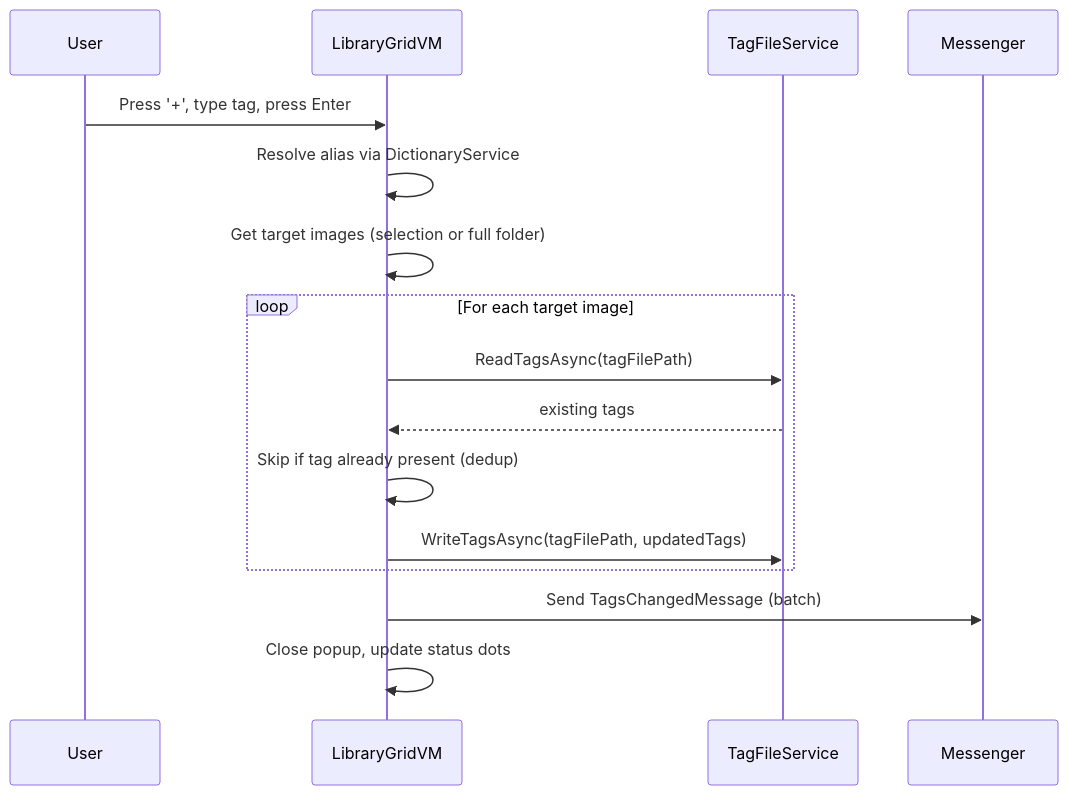
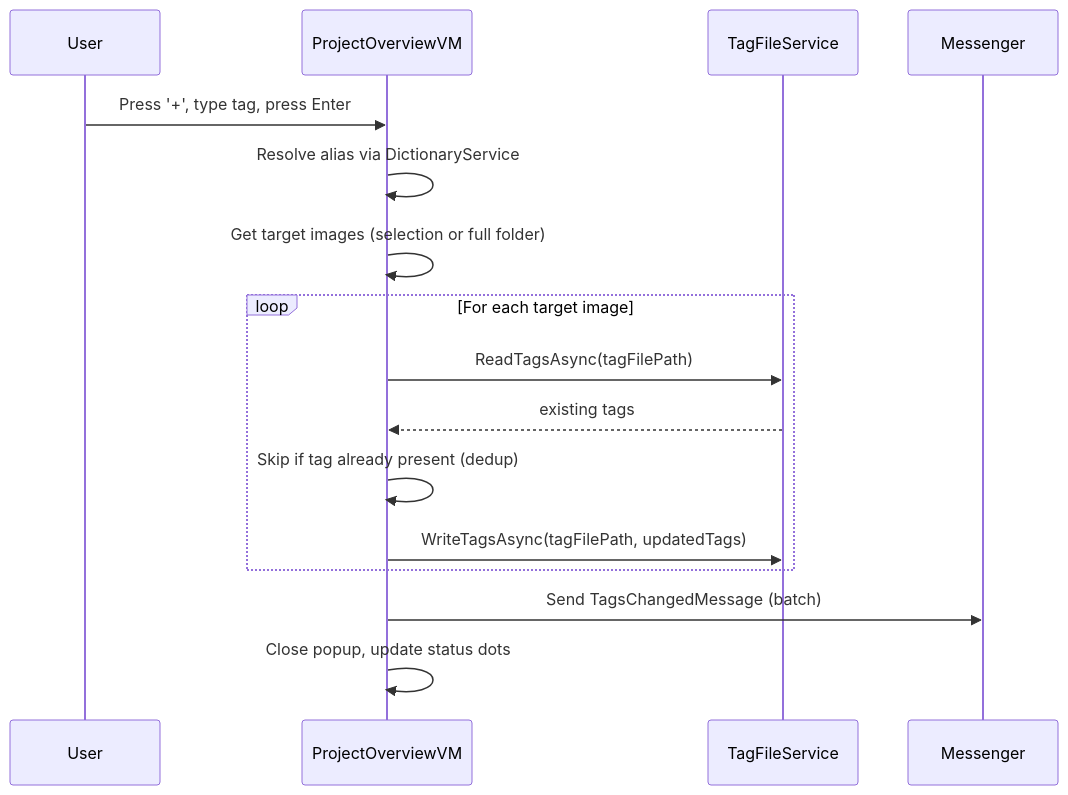
Before and after one commit to GreenDragon422/DatasetStudio: the sixth of 6 diagrams in .kiro/specs/DatasetStudio/design.md, drawn with Mermaid. The commit also changed other lines of this file and 14 other files, not shown here.

Commit message:
Align Project Overview naming across app

````diff
--- a/.kiro/specs/DatasetStudio/design.md
+++ b/.kiro/specs/DatasetStudio/design.md
@@ -694,19 +694,19 @@
 ```mermaid
 sequenceDiagram
     participant User
-    participant LibraryGridVM
+    participant ProjectOverviewVM
     participant TagFileService
     participant Messenger
 
-    User->>LibraryGridVM: Press '+', type tag, press Enter
-    LibraryGridVM->>LibraryGridVM: Resolve alias via DictionaryService
-    LibraryGridVM->>LibraryGridVM: Get target images (selection or full folder)
+    User->>ProjectOverviewVM: Press '+', type tag, press Enter
+    ProjectOverviewVM->>ProjectOverviewVM: Resolve alias via DictionaryService
+    ProjectOverviewVM->>ProjectOverviewVM: Get target images (selection or full folder)
     loop For each target image
-        LibraryGridVM->>TagFileService: ReadTagsAsync(tagFilePath)
-        TagFileService-->>LibraryGridVM: existing tags
-        LibraryGridVM->>LibraryGridVM: Skip if tag already present (dedup)
-        LibraryGridVM->>TagFileService: WriteTagsAsync(tagFilePath, updatedTags)
+        ProjectOverviewVM->>TagFileService: ReadTagsAsync(tagFilePath)
+        TagFileService-->>ProjectOverviewVM: existing tags
+        ProjectOverviewVM->>ProjectOverviewVM: Skip if tag already present (dedup)
+        ProjectOverviewVM->>TagFileService: WriteTagsAsync(tagFilePath, updatedTags)
     end
-    LibraryGridVM->>Messenger: Send TagsChangedMessage (batch)
-    LibraryGridVM->>LibraryGridVM: Close popup, update status dots
+    ProjectOverviewVM->>Messenger: Send TagsChangedMessage (batch)
+    ProjectOverviewVM->>ProjectOverviewVM: Close popup, update status dots
 ```
````
